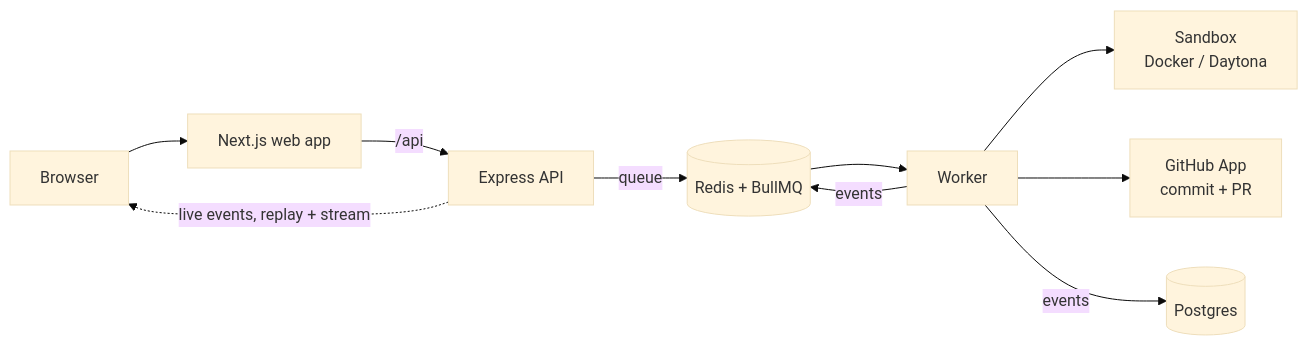
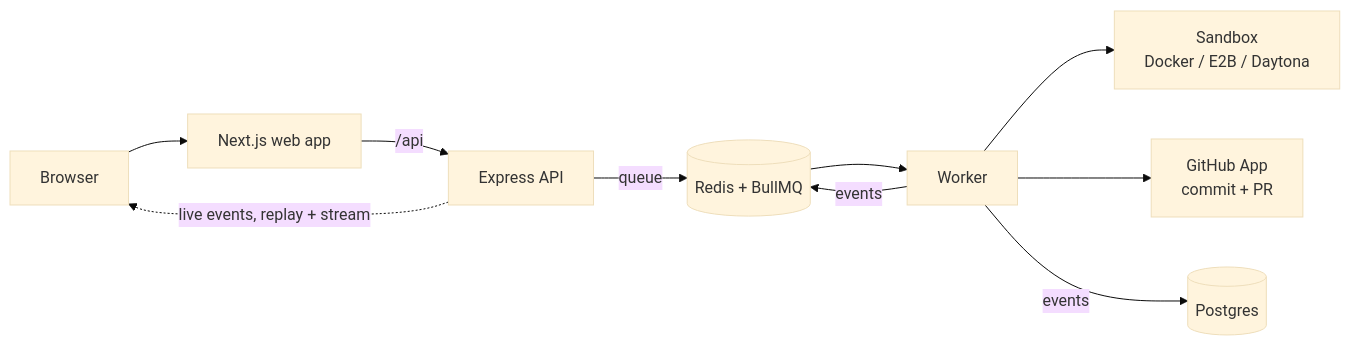
The diagram in readme.md (shilendra-cse/codegenie), drawn with Mermaid (base theme) before and after one commit. The commit also changed other lines of this file and 7 other files, not shown here.

````diff
--- a/readme.md
+++ b/readme.md
@@ -37,12 +37,12 @@
 ```mermaid
 flowchart LR
   B[Browser] --> W[Next.js web app]
   W -- /api --> S[Express API]
   S -- queue --> Q[(Redis + BullMQ)]
   Q --> K[Worker]
-  K --> X[Sandbox<br/>Docker / Daytona]
+  K --> X[Sandbox<br/>Docker / E2B / Daytona]
   K --> G[GitHub App<br/>commit + PR]
   K -- events --> Q
   K -- events --> P[(Postgres)]
   S -. live events, replay + stream .-> B
 ```
````
